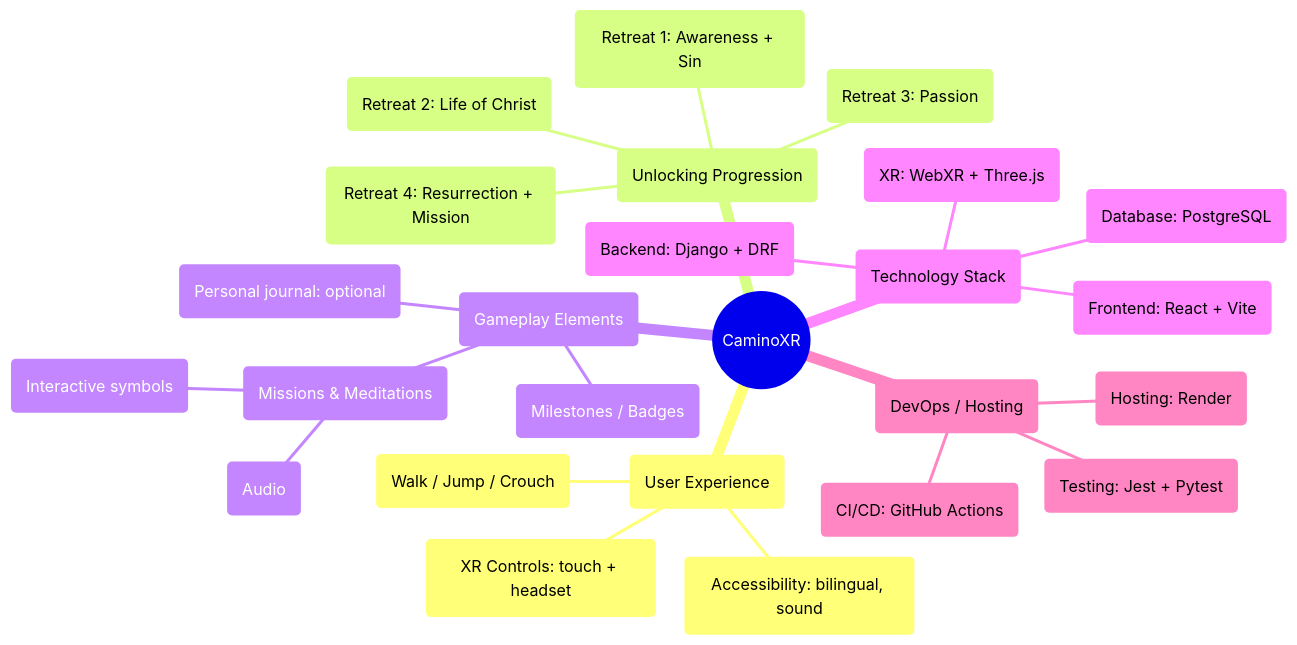
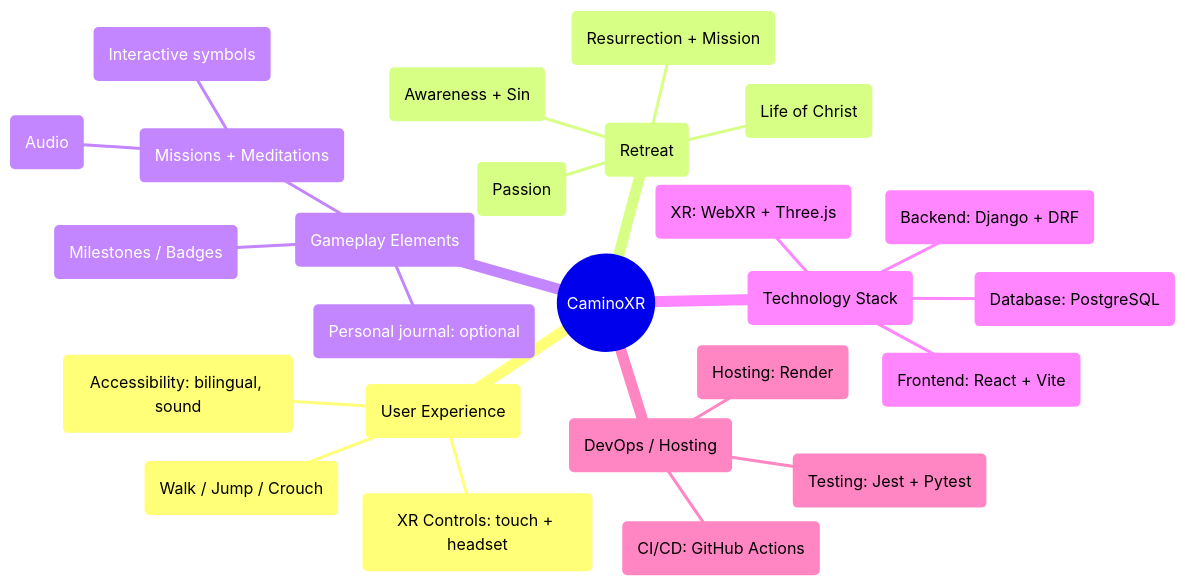
Before and after one commit to alanmaizon/camino: the fourth of 7 diagrams in DOCS/PLANNING.md, drawn with Mermaid.

Commit message:
refactorized code

````diff
--- a/DOCS/PLANNING.md
+++ b/DOCS/PLANNING.md
@@ -135,28 +135,28 @@
 ```mermaid
 mindmap
     root((CaminoXR))
         UserExperience(User Experience)
             Walk(Walk / Jump / Crouch)
             XRControls(XR Controls: touch + headset)
             Accessibility(Accessibility: bilingual, sound)
-        Unlocking Progression(Unlocking Progression)
-            Week1(Retreat 1: Awareness + Sin)
-            Week2(Retreat 2: Life of Christ)
-            Week3(Retreat 3: Passion)
-            Week4(Retreat 4: Resurrection + Mission)
+        Unlocking Progression(Retreat)
+            Week1(Awareness + Sin)
+            Week2(Life of Christ)
+            Week3(Passion)
+            Week4(Resurrection + Mission)
         GameplayElements(Gameplay Elements)
-            Missions(Missions & Meditations)
+            Missions(Missions + Meditations)
                 Audio(Audio)
                 Symbols(Interactive symbols)
             Milestones(Milestones / Badges)
             Journal(Personal journal: optional)
         TechnologyStack(Technology Stack)
             Frontend(Frontend: React + Vite)
             XR(XR: WebXR + Three.js)
             Backend(Backend: Django + DRF)
             Database(Database: PostgreSQL)
         DevOpsHosting(DevOps / Hosting)
             CICD(CI/CD: GitHub Actions)
             Hosting(Hosting: Render)
             Testing(Testing: Jest + Pytest)
 ```
````
